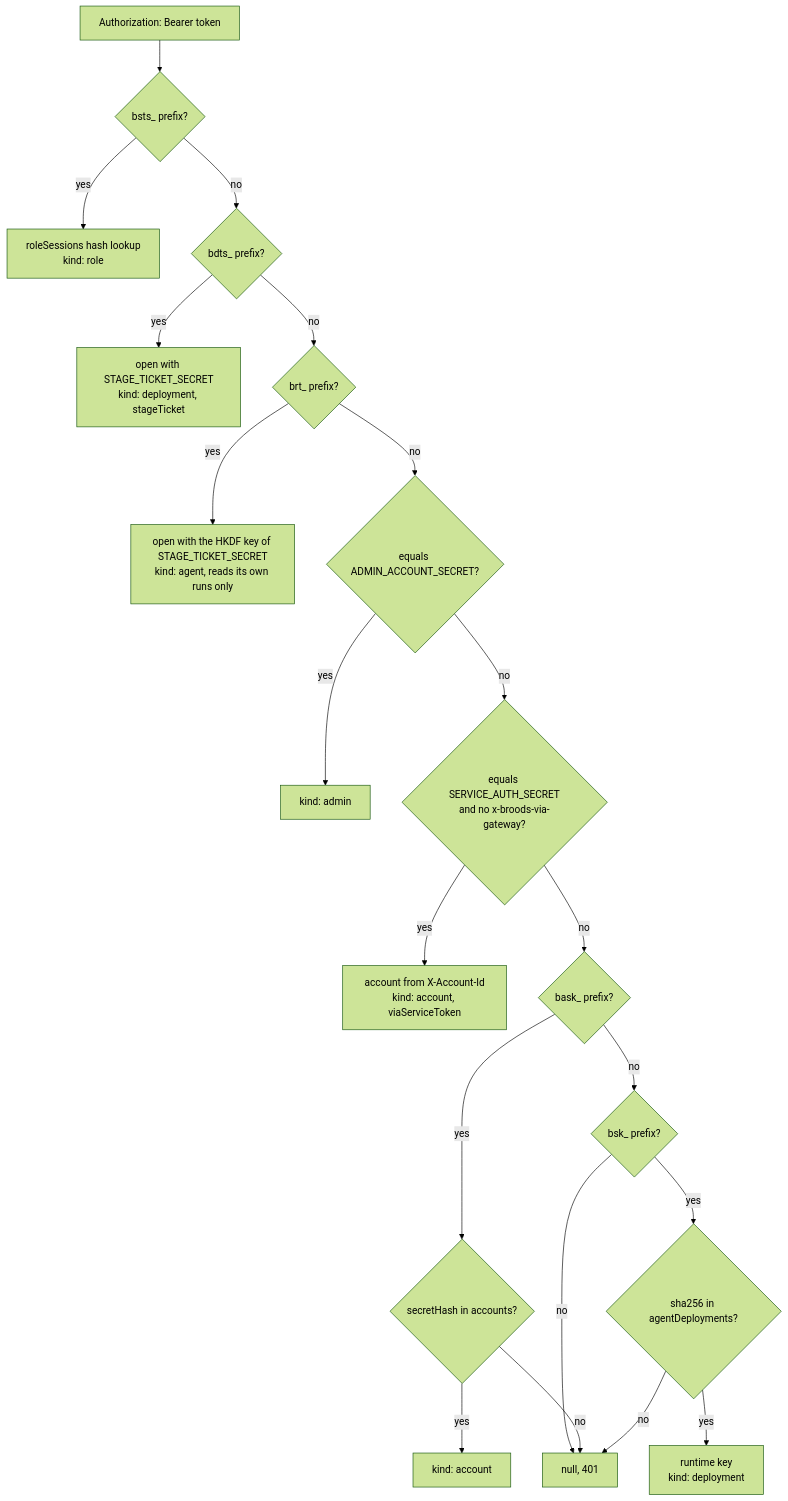
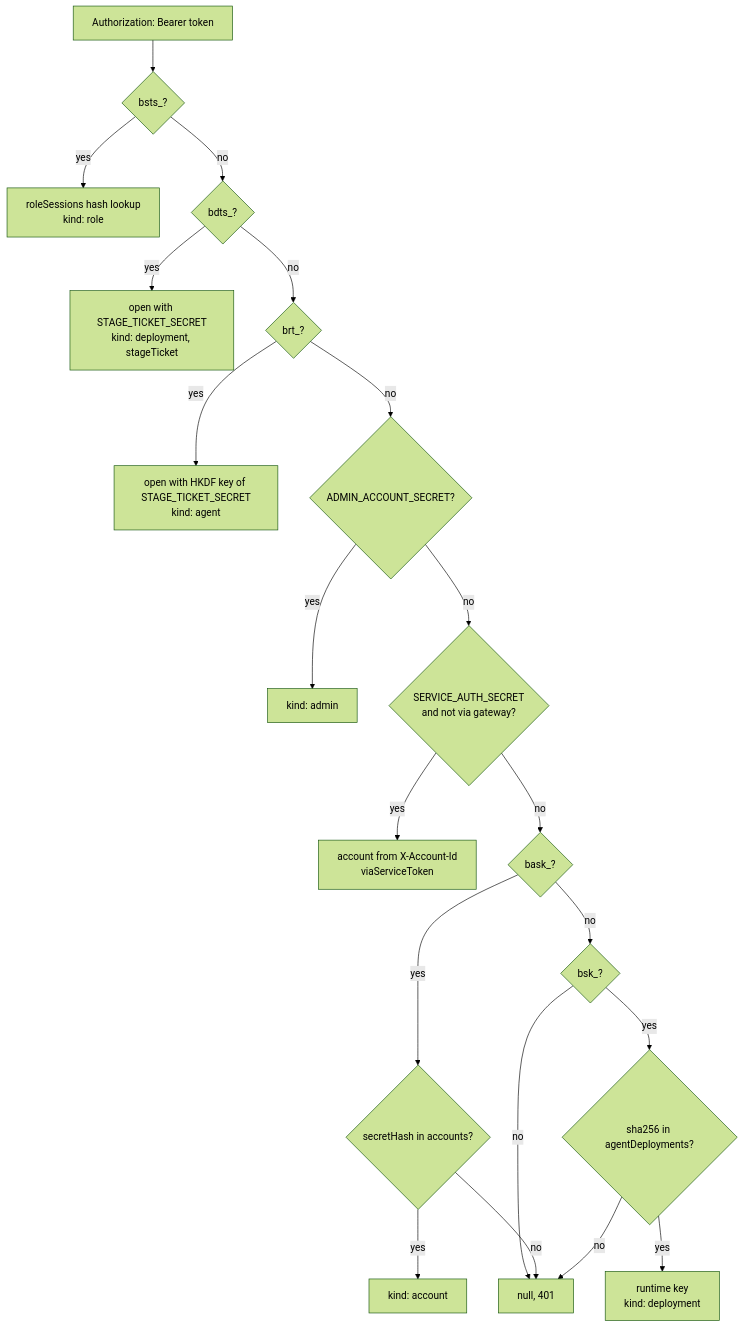
One commit to beeblastco/broods changed the fifth of 8 diagrams in apps/docs/docs/internals/security.md. Above: the diagram before and after it, drawn with Mermaid (forest theme). The commit also changed other lines of this file and 13 other files, not shown here.

First line of the commit message:
docs(internals): diagram-first rewrite of the remaining internals pages

````diff
--- a/apps/docs/docs/internals/security.md
+++ b/apps/docs/docs/internals/security.md
@@ -75,22 +126,22 @@
 ```mermaid
 flowchart TD
-  Bearer["Authorization: Bearer token"] --> Sts{"bsts_ prefix?"}
+  Bearer["Authorization: Bearer token"] --> Sts{"bsts_?"}
   Sts -->|yes| Role["roleSessions hash lookup<br/>kind: role"]
-  Sts -->|no| Dts{"bdts_ prefix?"}
+  Sts -->|no| Dts{"bdts_?"}
   Dts -->|yes| Ticket["open with STAGE_TICKET_SECRET<br/>kind: deployment, stageTicket"]
-  Dts -->|no| Brt{"brt_ prefix?"}
-  Brt -->|yes| Run["open with the HKDF key of STAGE_TICKET_SECRET<br/>kind: agent, reads its own runs only"]
-  Brt -->|no| Admin{"equals ADMIN_ACCOUNT_SECRET?"}
+  Dts -->|no| Brt{"brt_?"}
+  Brt -->|yes| Run["open with HKDF key of STAGE_TICKET_SECRET<br/>kind: agent"]
+  Brt -->|no| Admin{"ADMIN_ACCOUNT_SECRET?"}
   Admin -->|yes| AdminCtx["kind: admin"]
-  Admin -->|no| Svc{"equals SERVICE_AUTH_SECRET<br/>and no x-broods-via-gateway?"}
-  Svc -->|yes| SvcCtx["account from X-Account-Id<br/>kind: account, viaServiceToken"]
-  Svc -->|no| Ask{"bask_ prefix?"}
+  Admin -->|no| Svc{"SERVICE_AUTH_SECRET<br/>and not via gateway?"}
+  Svc -->|yes| SvcCtx["account from X-Account-Id<br/>viaServiceToken"]
+  Svc -->|no| Ask{"bask_?"}
   Ask -->|yes| Acct{"secretHash in accounts?"}
   Acct -->|yes| AcctCtx["kind: account"]
-  Ask -->|no| Bsk{"bsk_ prefix?"}
+  Ask -->|no| Bsk{"bsk_?"}
   Bsk -->|yes| Key{"sha256 in agentDeployments?"}
   Key -->|yes| Deploy["runtime key<br/>kind: deployment"]
   Bsk -->|no| Deny["null, 401"]
   Acct -->|no| Deny
   Key -->|no| Deny
 ```
````
